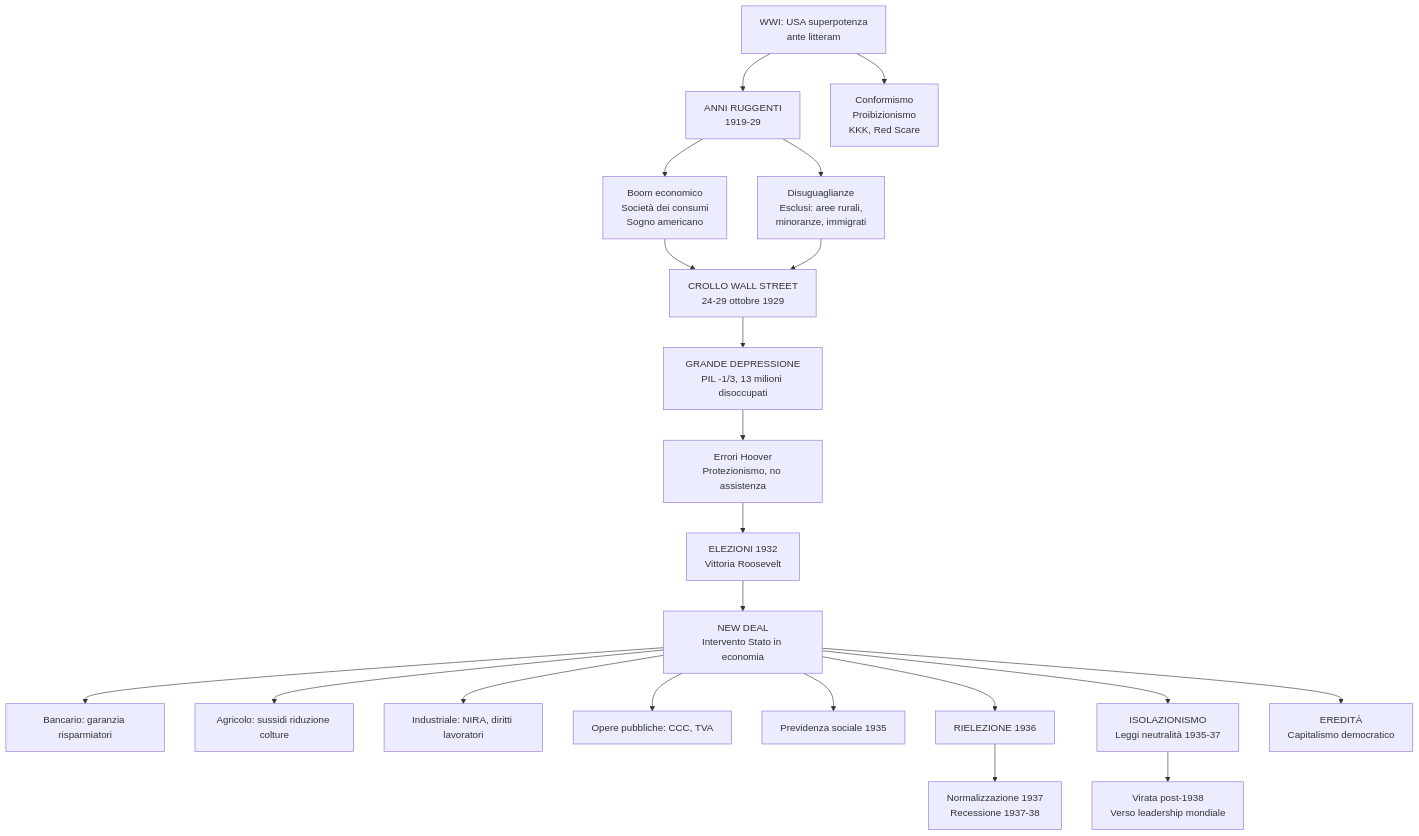
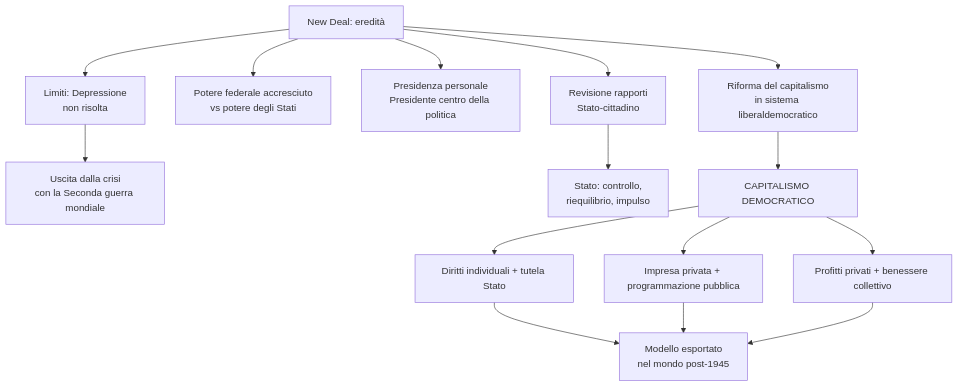
Before and after one commit to riccardo-algorime/appunti-5Bsa: diagram 15 of 16 in storia/materiale/studio/capitolo_3.10_studio.md, drawn with Mermaid. The commit also changed other lines of this file and 5 other files, not shown here.

````diff
--- a/storia/materiale/studio/capitolo_3.10_studio.md
+++ b/storia/materiale/studio/capitolo_3.10_studio.md
@@ -864,23 +510,17 @@
 ```mermaid
 flowchart TD
-    A[WWI: USA superpotenza<br/>ante litteram] --> B[ANNI RUGGENTI<br/>1919-29]
-    B --> C[Boom economico<br/>Società dei consumi<br/>Sogno americano]
-    B --> D[Disuguaglianze<br/>Esclusi: aree rurali,<br/>minoranze, immigrati]
-    A --> E[Conformismo<br/>Proibizionismo<br/>KKK, Red Scare]
-    C --> F[CROLLO WALL STREET<br/>24-29 ottobre 1929]
-    D --> F
-    F --> G[GRANDE DEPRESSIONE<br/>PIL -1/3, 13 milioni disoccupati]
-    G --> H[Errori Hoover<br/>Protezionismo, no assistenza]
-    H --> I[ELEZIONI 1932<br/>Vittoria Roosevelt]
-    I --> J[NEW DEAL<br/>Intervento Stato in economia]
-    J --> K[Bancario: garanzia risparmiatori]
-    J --> L[Agricolo: sussidi riduzione colture]
-    J --> M[Industriale: NIRA, diritti lavoratori]
-    J --> N[Opere pubbliche: CCC, TVA]
-    J --> O[Previdenza sociale 1935]
-    J --> P[RIELEZIONE 1936]
-    P --> Q[Normalizzazione 1937<br/>Recessione 1937-38]
-    J --> R[ISOLAZIONISMO<br/>Leggi neutralità 1935-37]
-    R --> S[Virata post-1938<br/>Verso leadership mondiale]
-    J --> T[EREDITÀ<br/>Capitalismo democratico]
+    A[New Deal: eredità] --> B[Limiti: Depressione<br/>non risolta]
+    B --> C[Uscita dalla crisi<br/>con la Seconda guerra mondiale]
+    A --> D[Potere federale accresciuto<br/>vs potere degli Stati]
+    A --> E[Presidenza personale<br/>Presidente centro della politica]
+    A --> F[Revisione rapporti<br/>Stato-cittadino]
+    F --> G[Stato: controllo,<br/>riequilibrio, impulso]
+    A --> H[Riforma del capitalismo<br/>in sistema liberaldemocratico]
+    H --> I[CAPITALISMO DEMOCRATICO]
+    I --> J[Diritti individuali + tutela Stato]
+    I --> K[Impresa privata + programmazione pubblica]
+    I --> L[Profitti privati + benessere collettivo]
+    J --> M[Modello esportato<br/>nel mondo post-1945]
+    K --> M
+    L --> M
 ```
````
